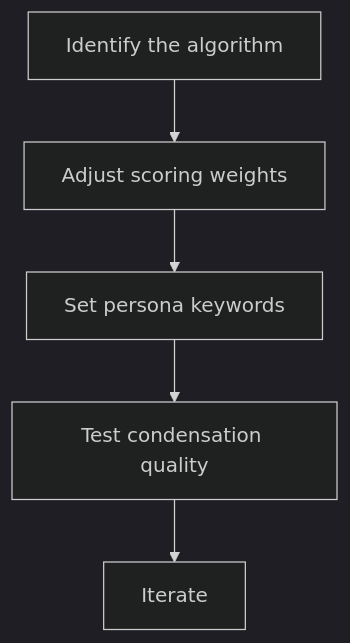
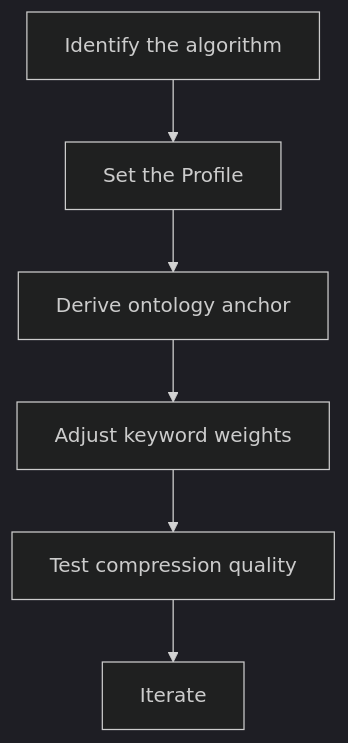
One commit to mdz-axo/zed-kask changed the diagram in kask/docs/diataxis/hkask-condenser/how-to.md. Above: the diagram before and after it, drawn with Mermaid (dark theme). The commit also changed other lines of this file and 33 other files, not shown here.

````diff
--- a/kask/docs/diataxis/hkask-condenser/how-to.md
+++ b/kask/docs/diataxis/hkask-condenser/how-to.md
@@ -27,7 +34,8 @@
 ```mermaid
 flowchart TD
-    A[Identify the algorithm] --> B[Adjust scoring weights]
-    B --> C[Set persona keywords]
-    C --> D[Test condensation quality]
-    D --> E[Iterate]
+    A[Identify the algorithm] --> B[Set the Profile]
+    B --> C[Derive ontology anchor]
+    C --> D[Adjust keyword weights]
+    D --> E[Test compression quality]
+    E --> F[Iterate]
 ```
````
